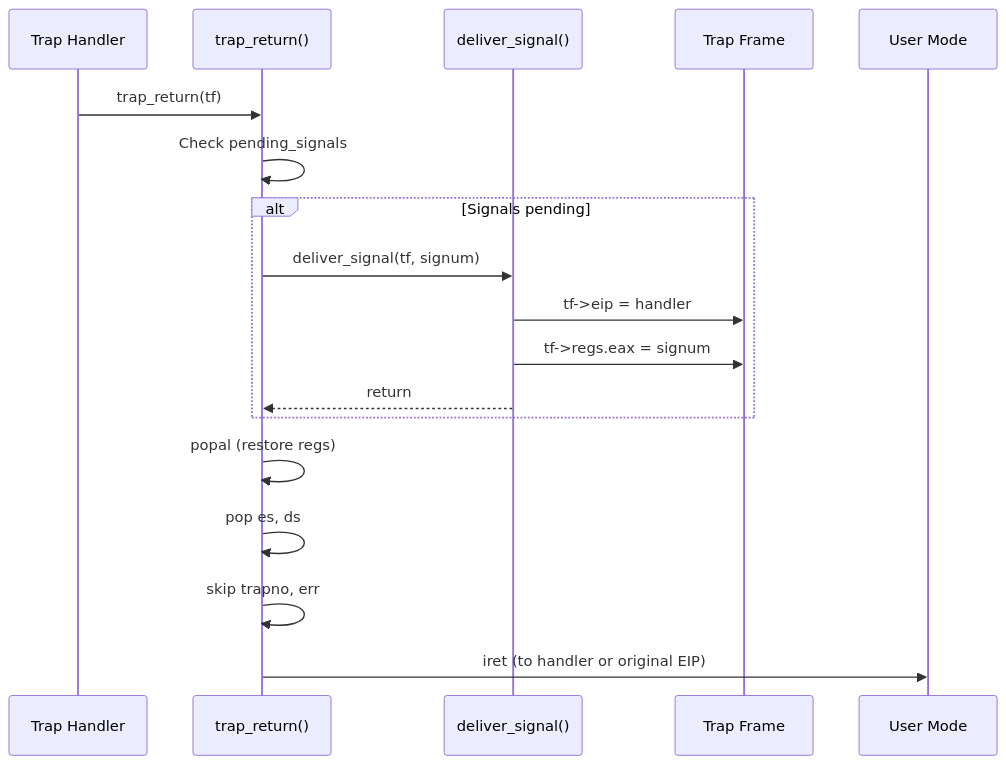
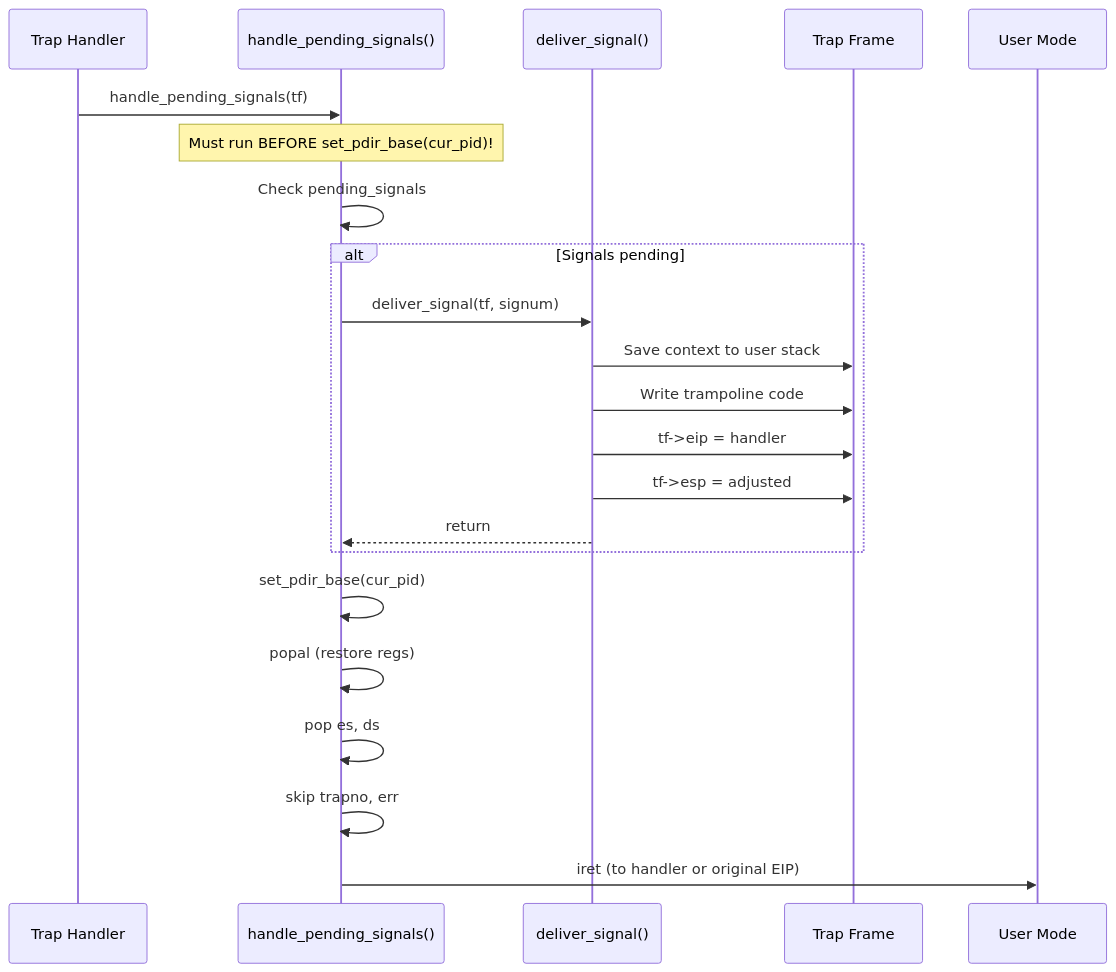
The fourth of 6 diagrams in docs/05_user_kernel_transition.md (SillyCatto/OS_Project-Signal), drawn with Mermaid before and after one commit. The commit also changed other lines of this file and 9 other files, not shown here.

````diff
--- a/docs/05_user_kernel_transition.md
+++ b/docs/05_user_kernel_transition.md
@@ -324,23 +324,27 @@
 ```mermaid
 sequenceDiagram
     participant TH as Trap Handler
-    participant TR as trap_return()
+    participant HPS as handle_pending_signals()
     participant DS as deliver_signal()
     participant TF as Trap Frame
     participant UM as User Mode
 
-    TH->>TR: trap_return(tf)
-    TR->>TR: Check pending_signals
+    TH->>HPS: handle_pending_signals(tf)
+    Note over HPS: Must run BEFORE set_pdir_base(cur_pid)!
+    HPS->>HPS: Check pending_signals
 
     alt Signals pending
-        TR->>DS: deliver_signal(tf, signum)
+        HPS->>DS: deliver_signal(tf, signum)
+        DS->>TF: Save context to user stack
+        DS->>TF: Write trampoline code
         DS->>TF: tf->eip = handler
-        DS->>TF: tf->regs.eax = signum
-        DS-->>TR: return
+        DS->>TF: tf->esp = adjusted
+        DS-->>HPS: return
     end
 
-    TR->>TR: popal (restore regs)
-    TR->>TR: pop es, ds
-    TR->>TR: skip trapno, err
-    TR->>UM: iret (to handler or original EIP)
+    HPS->>HPS: set_pdir_base(cur_pid)
+    HPS->>HPS: popal (restore regs)
+    HPS->>HPS: pop es, ds
+    HPS->>HPS: skip trapno, err
+    HPS->>UM: iret (to handler or original EIP)
 ```
````
